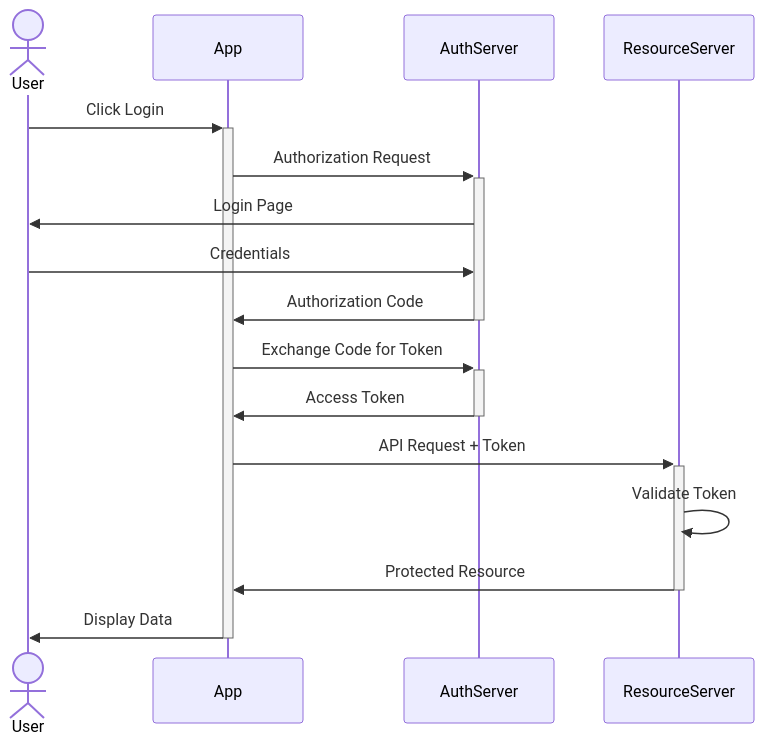
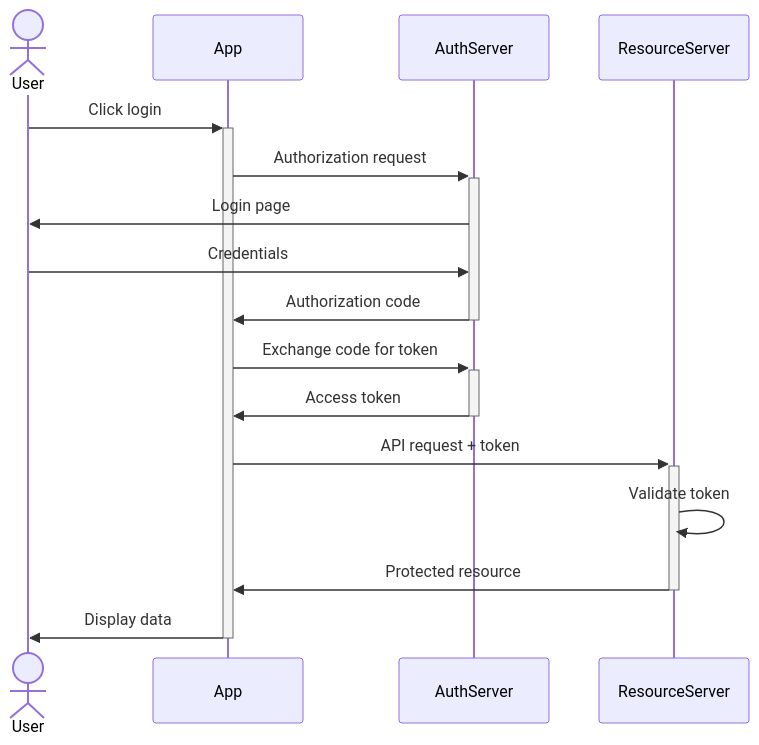
One commit to flatrick/agent-skills changed the fourth of 19 diagrams in mastery-of-mermaid/references/common-patterns.md. Above: the diagram before and after it, drawn with Mermaid. The commit also changed other lines of this file and 10 other files, not shown here.

````diff
--- a/mastery-of-mermaid/references/common-patterns.md
+++ b/mastery-of-mermaid/references/common-patterns.md
@@ -77,19 +101,19 @@
 ```mermaid
 sequenceDiagram
     actor User
     participant App
     participant AuthServer
     participant ResourceServer
 
-    User->>+App: Click Login
-    App->>+AuthServer: Authorization Request
-    AuthServer->>User: Login Page
+    User->>+App: Click login
+    App->>+AuthServer: Authorization request
+    AuthServer->>User: Login page
     User->>AuthServer: Credentials
-    AuthServer->>-App: Authorization Code
-    App->>+AuthServer: Exchange Code for Token
-    AuthServer->>-App: Access Token
-    App->>+ResourceServer: API Request + Token
-    ResourceServer->>ResourceServer: Validate Token
-    ResourceServer->>-App: Protected Resource
-    App->>-User: Display Data
+    AuthServer->>-App: Authorization code
+    App->>+AuthServer: Exchange code for token
+    AuthServer->>-App: Access token
+    App->>+ResourceServer: API request + token
+    ResourceServer->>ResourceServer: Validate token
+    ResourceServer->>-App: Protected resource
+    App->>-User: Display data
 ```
````
